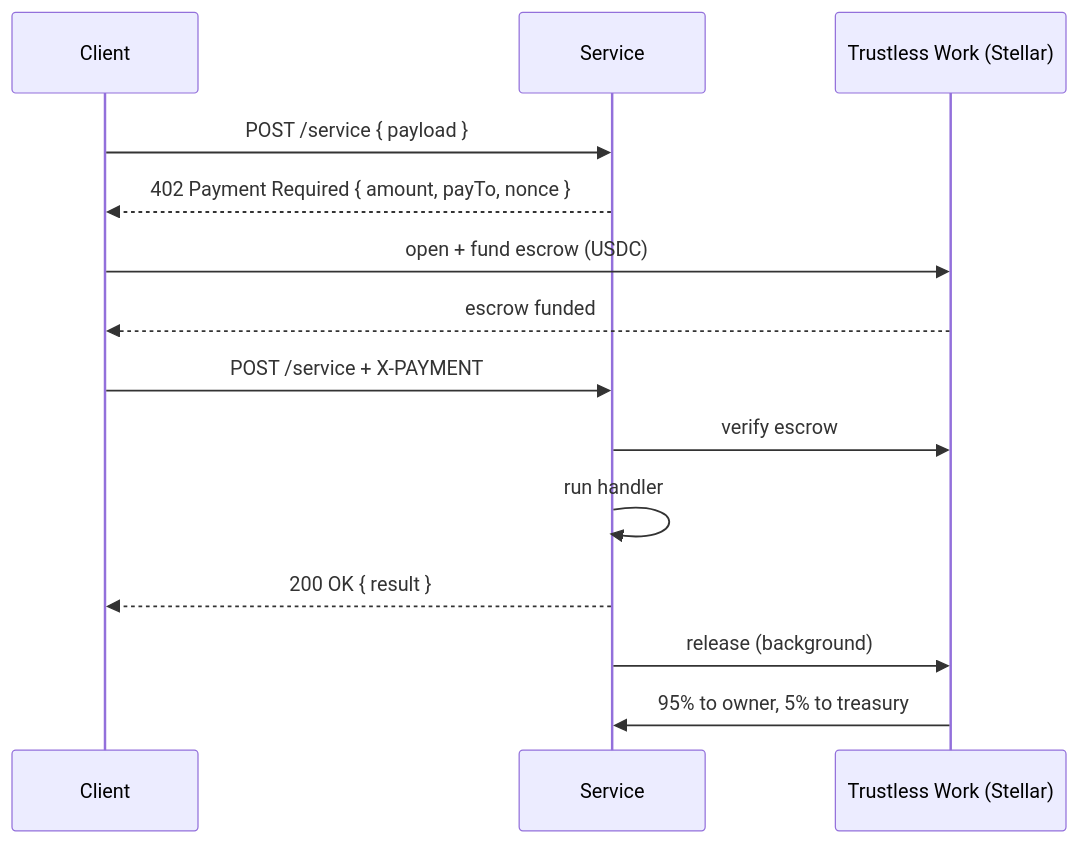
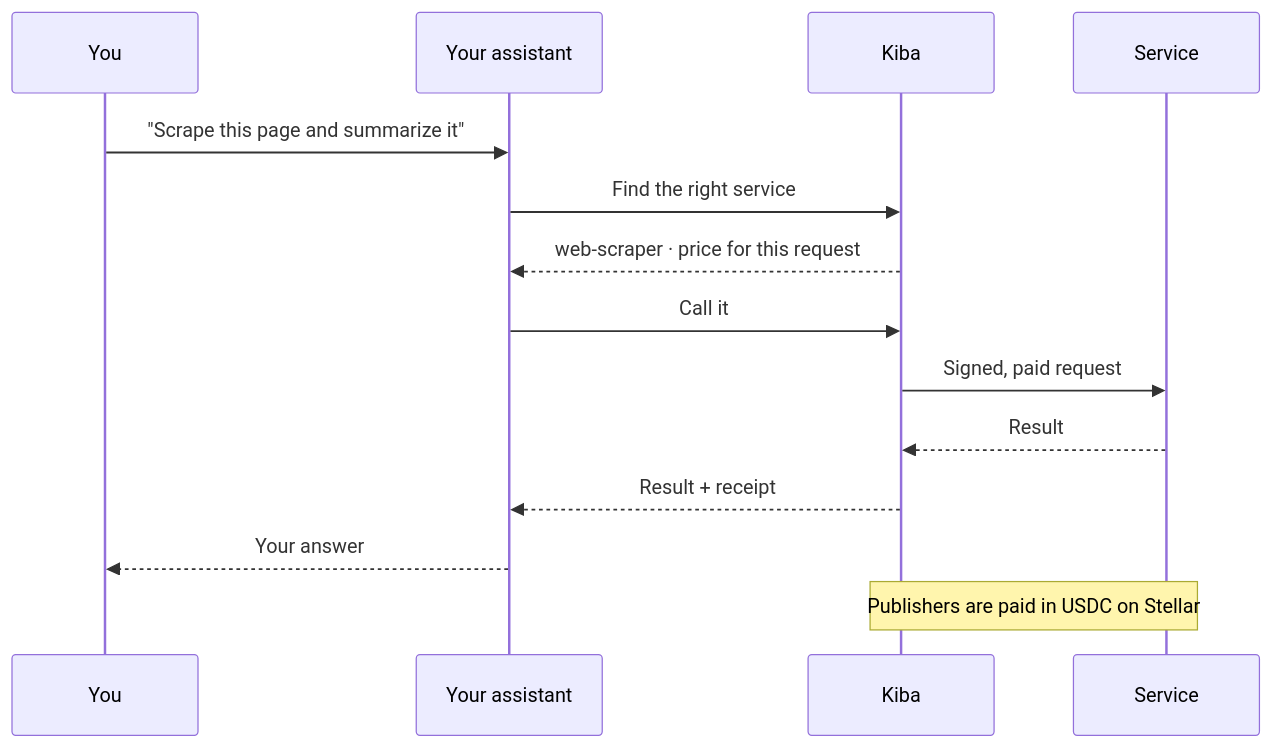
Before and after one commit to CoKeFish/kiba: the diagram in README.md, drawn with Mermaid. The commit also changed other lines of this file and 3 other files, not shown here.

First line of the commit message:
perf(gateway): el modo crédito responde sin esperar el fund per-call

````diff
--- a/README.md
+++ b/README.md
@@ -100,17 +90,17 @@
 ```mermaid
 sequenceDiagram
-    participant C as Client
-    participant A as Service
-    participant TW as Trustless Work (Stellar)
+    participant U as You
+    participant AI as Your assistant
+    participant K as Kiba
+    participant S as Service
 
-    C->>A: POST /service { payload }
-    A-->>C: 402 Payment Required { amount, payTo, nonce }
-    C->>TW: open + fund escrow (USDC)
-    TW-->>C: escrow funded
-    C->>A: POST /service + X-PAYMENT
-    A->>TW: verify escrow
-    A->>A: run handler
-    A-->>C: 200 OK { result }
-    A->>TW: release (background)
-    TW->>A: 95% to owner, 5% to treasury
+    U->>AI: "Scrape this page and summarize it"
+    AI->>K: Find the right service
+    K-->>AI: web-scraper · price for this request
+    AI->>K: Call it
+    K->>S: Signed, paid request
+    S-->>K: Result
+    K-->>AI: Result + receipt
+    AI-->>U: Your answer
+    Note over K,S: Publishers are paid in USDC on Stellar
 ```
````
